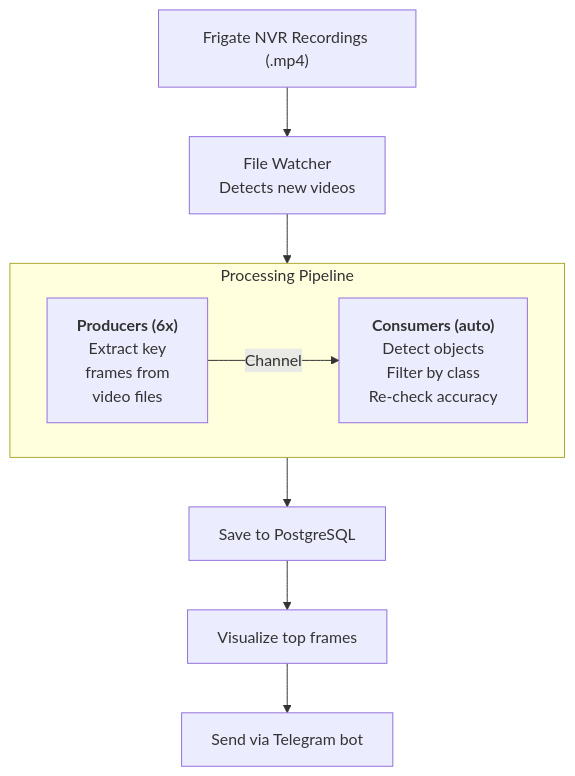
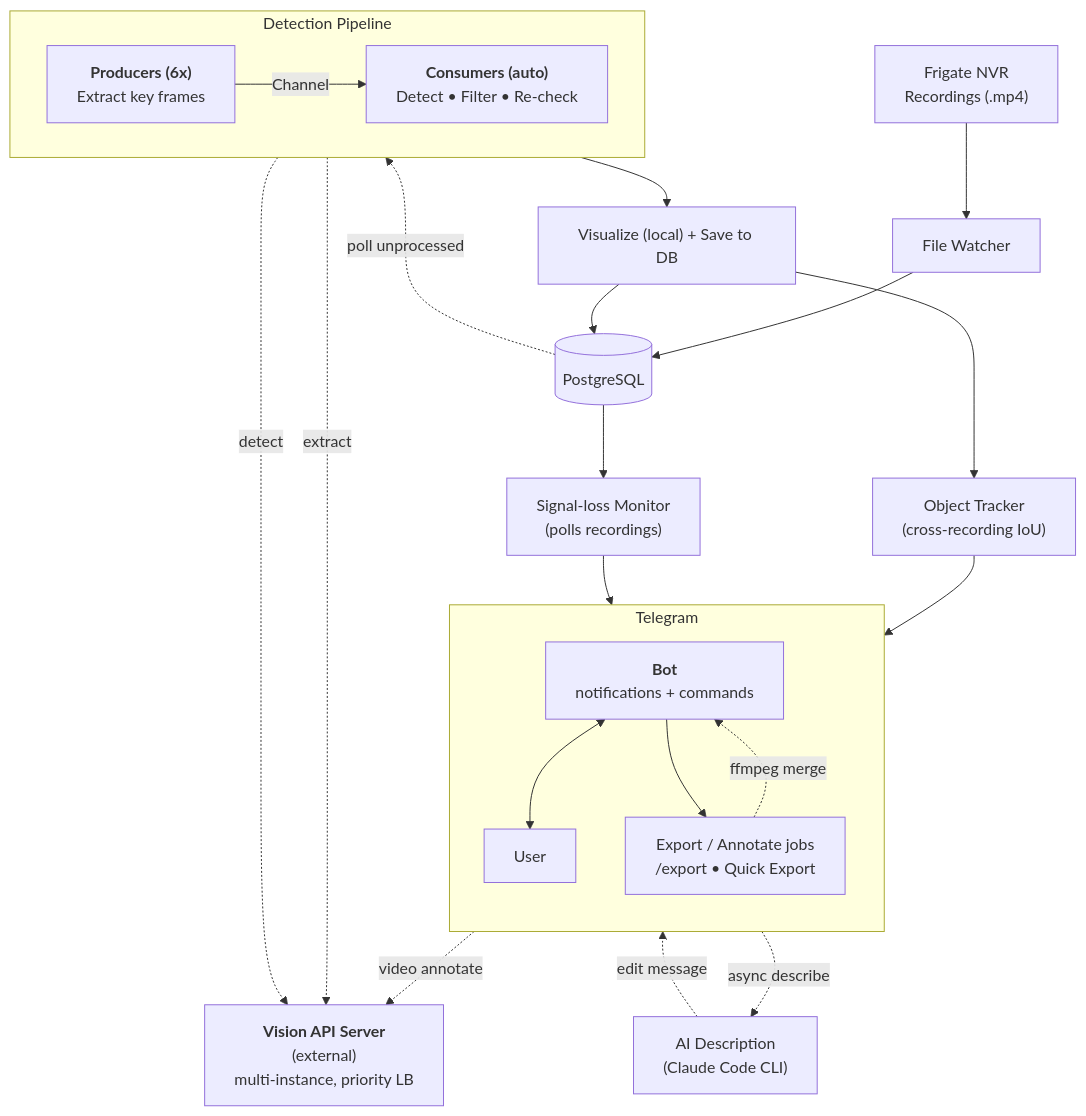
Before and after one commit to zinin/frigate-analyzer: the diagram in README.md, drawn with Mermaid.

First paragraph of the commit message:
docs(readme): refresh How It Works diagram
Reflect subsystems shipped since the original diagram (2026-03-03)
and reconstruct the flow to match RecordingProcessingFacade:

````diff
--- a/README.md
+++ b/README.md
@@ -7,15 +7,40 @@
 ```mermaid
 graph TD
-    A["Frigate NVR Recordings (.mp4)"] --> B["File Watcher<br/>Detects new videos"]
+    A["Frigate NVR<br/>Recordings (.mp4)"] --> B["File Watcher"]
+    B --> DB
 
-    B --> C
+    V["<b>Vision API Server</b><br/>(external)<br/>multi-instance, priority LB"]
 
-    subgraph C ["Processing Pipeline"]
+    DB -. "poll unprocessed" .-> P
+
+    subgraph PIPE ["Detection Pipeline"]
         direction LR
-        P["<b>Producers (6x)</b><br/>Extract key<br/>frames from<br/>video files"] -- "Channel" --> Q["<b>Consumers (auto)</b><br/>Detect objects<br/>Filter by class<br/>Re-check accuracy"]
+        P["<b>Producers (6x)</b><br/>Extract key frames"] -- "Channel" --> Q["<b>Consumers (auto)</b><br/>Detect • Filter • Re-check"]
     end
 
-    C --> D["Save to PostgreSQL"]
-    D --> E["Visualize top frames"]
-    E --> F["Send via Telegram bot"]
+    P -. "extract" .-> V
+    Q -. "detect" .-> V
+
+    Q --> FAC["Visualize (local) + Save to DB"]
+    FAC --> DB[("PostgreSQL")]
+    FAC --> OT["Object Tracker<br/>(cross-recording IoU)"]
+    OT --> BOT
+
+    DB --> SL["Signal-loss Monitor<br/>(polls recordings)"]
+    SL --> BOT
+
+    BOT -. "async describe" .-> AI["AI Description<br/>(Claude Code CLI)"]
+    AI -. "edit message" .-> BOT
+
+    subgraph TG ["Telegram"]
+        direction TB
+        BOT["<b>Bot</b><br/>notifications + commands"]
+        EX["Export / Annotate jobs<br/>/export • Quick Export"]
+        U["User"]
+        BOT <--> U
+        BOT --> EX
+    end
+
+    EX -. "ffmpeg merge" .-> BOT
+    EX -. "video annotate" .-> V
 ```
````
